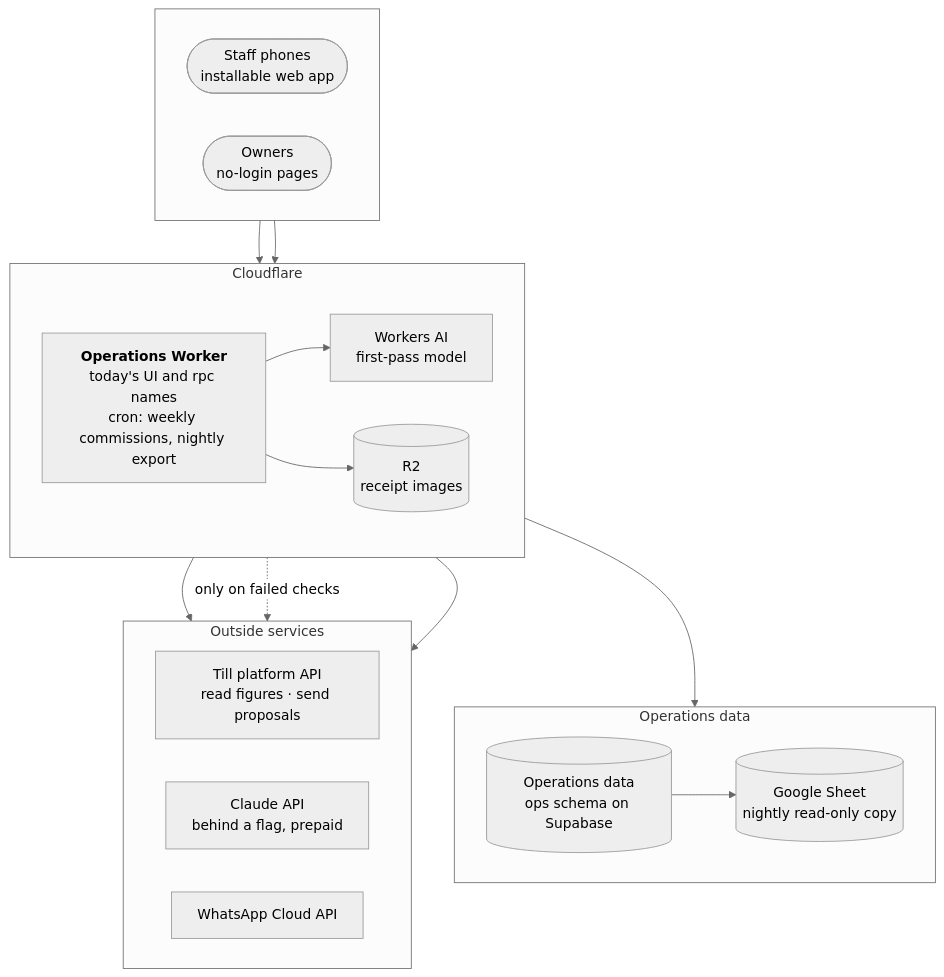
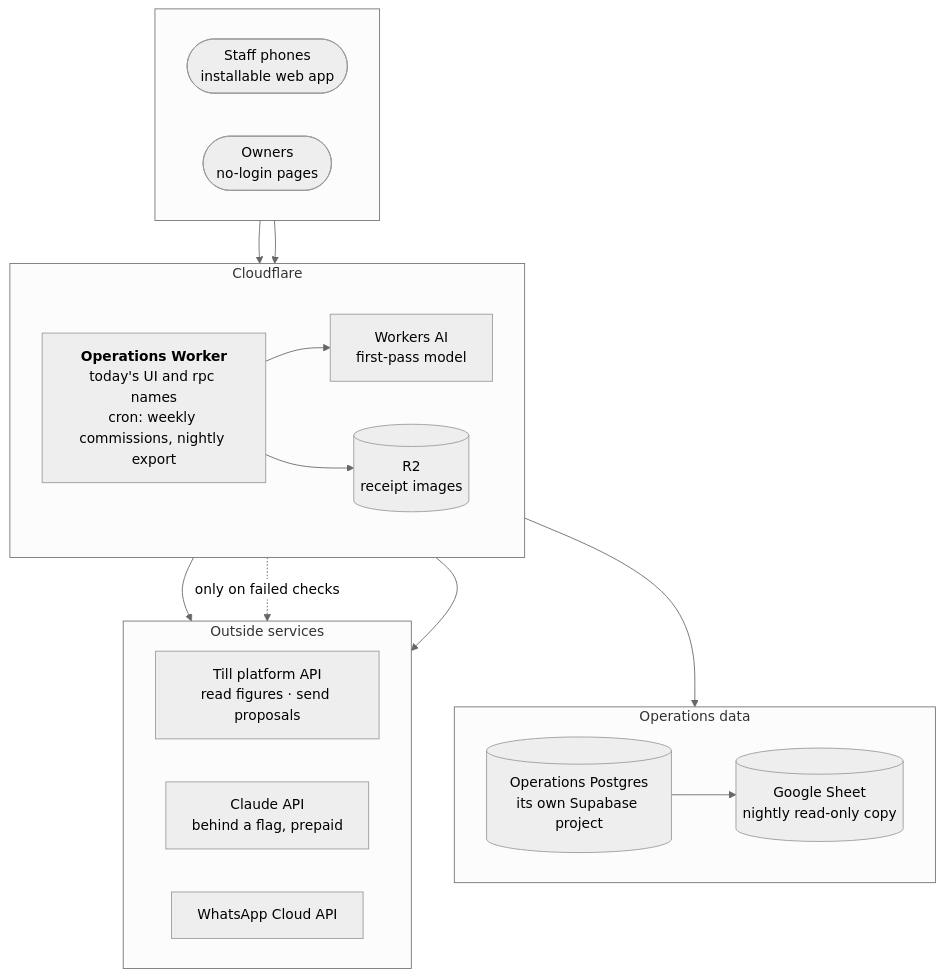
One commit to ashinjoseph/StoreOps changed the first of 3 diagrams in docs/plans/2026-11-operations-app-migration.md. Above: the diagram before and after it, drawn with Mermaid (neutral theme). The commit also changed other lines of this file and 4 other files, not shown here.

First line of the commit message:
Give Operations its own Supabase project, built locally first

````diff
--- a/docs/plans/2026-11-operations-app-migration.md
+++ b/docs/plans/2026-11-operations-app-migration.md
@@ -27,38 +27,38 @@
 ```mermaid
 flowchart TB
     subgraph people[" "]
         direction LR
         staff(["Staff phones<br/>installable web app"])
         owner(["Owners<br/>no-login pages"])
     end
 
     subgraph cf["Cloudflare"]
         direction LR
         app["<b>Operations Worker</b><br/>today's UI and rpc names<br/>cron: weekly commissions, nightly export"]
         wai["Workers AI<br/>first-pass model"]
         r2[("R2<br/>receipt images")]
     end
 
     subgraph data["Operations data"]
         direction LR
-        opsdb[("Operations data<br/>ops schema on Supabase")]
+        opsdb[("Operations Postgres<br/>its own Supabase project")]
         sheet[("Google Sheet<br/>nightly read-only copy")]
     end
 
     subgraph ext["Outside services"]
         direction LR
         till["Till platform API<br/>read figures · send proposals"]
         claude["Claude API<br/>behind a flag, prepaid"]
         wa["WhatsApp Cloud API"]
     end
 
     staff --> app
     owner --> app
     app --> wai
     app --> r2
     app --> opsdb
     opsdb --> sheet
     app --> till
     app -. "only on failed checks" .-> claude
     app --> wa
 ```
````
